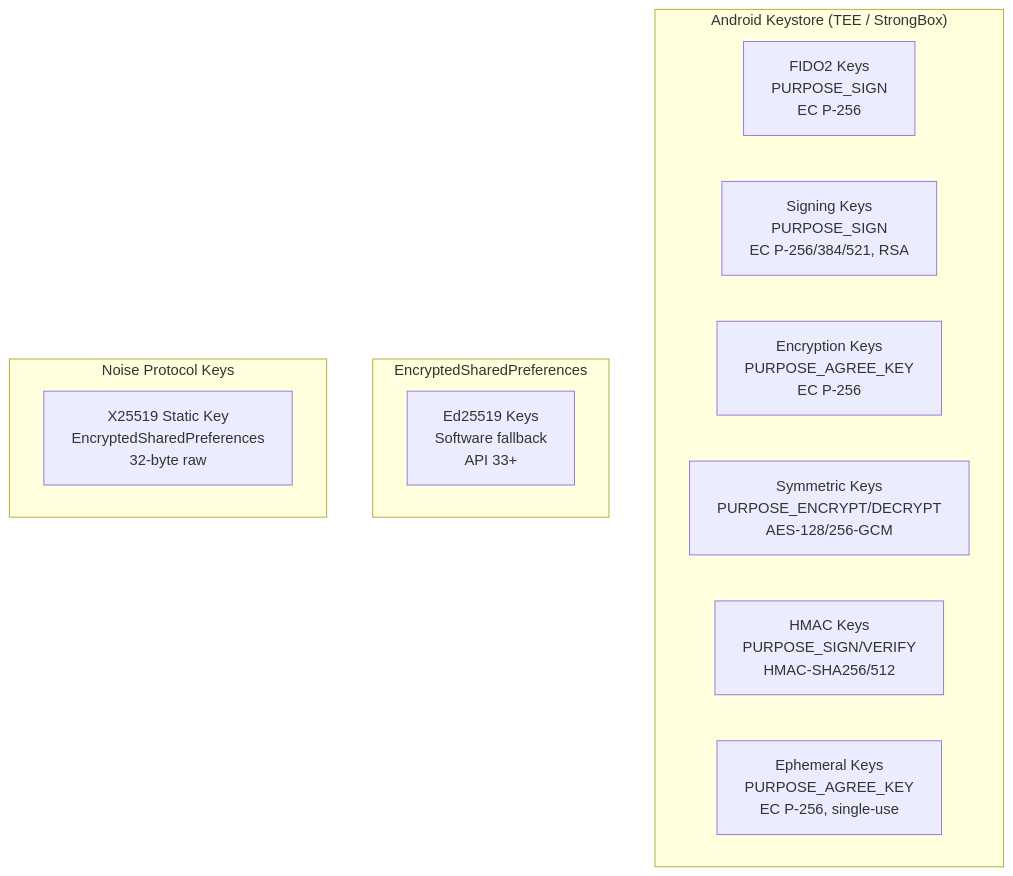
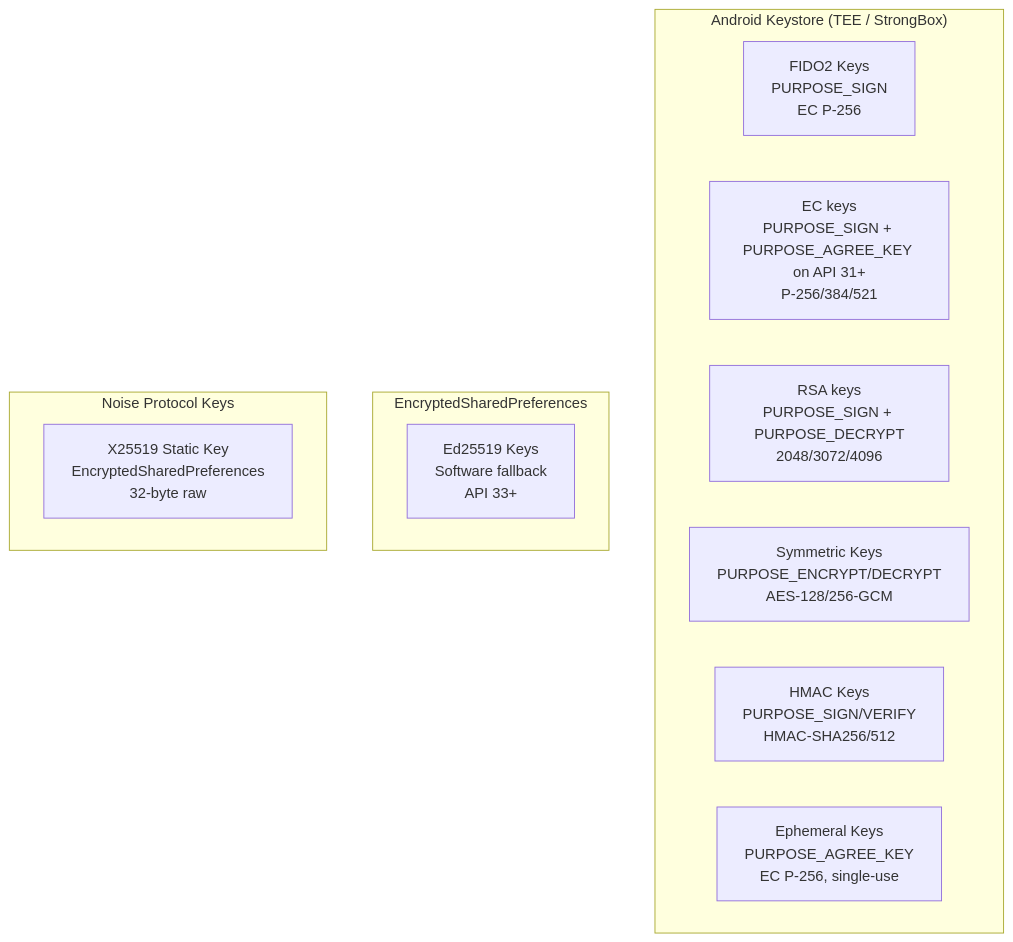
The first of 9 diagrams in docs/hardware-backed-keys/architecture.md (jeremyhahn/xkey-android), drawn with Mermaid before and after one commit. The commit also changed other lines of this file and 39 other files, not shown here.

````diff
--- a/docs/hardware-backed-keys/architecture.md
+++ b/docs/hardware-backed-keys/architecture.md
@@ -20,19 +25,19 @@
 ```mermaid
 graph TB
     subgraph Hardware["Android Keystore (TEE / StrongBox)"]
         FIDO[FIDO2 Keys<br/>PURPOSE_SIGN<br/>EC P-256]
-        SIGN[Signing Keys<br/>PURPOSE_SIGN<br/>EC P-256/384/521, RSA]
-        AGREE[Encryption Keys<br/>PURPOSE_AGREE_KEY<br/>EC P-256]
+        SIGN[EC keys<br/>PURPOSE_SIGN + PURPOSE_AGREE_KEY on API 31+<br/>P-256/384/521]
+        RSA[RSA keys<br/>PURPOSE_SIGN + PURPOSE_DECRYPT<br/>2048/3072/4096]
         AES[Symmetric Keys<br/>PURPOSE_ENCRYPT/DECRYPT<br/>AES-128/256-GCM]
         HMAC[HMAC Keys<br/>PURPOSE_SIGN/VERIFY<br/>HMAC-SHA256/512]
         EPHEM[Ephemeral Keys<br/>PURPOSE_AGREE_KEY<br/>EC P-256, single-use]
     end
 
     subgraph Software["EncryptedSharedPreferences"]
         ED25519[Ed25519 Keys<br/>Software fallback<br/>API 33+]
     end
 
     subgraph Noise["Noise Protocol Keys"]
         X25519[X25519 Static Key<br/>EncryptedSharedPreferences<br/>32-byte raw]
     end
 ```
````
